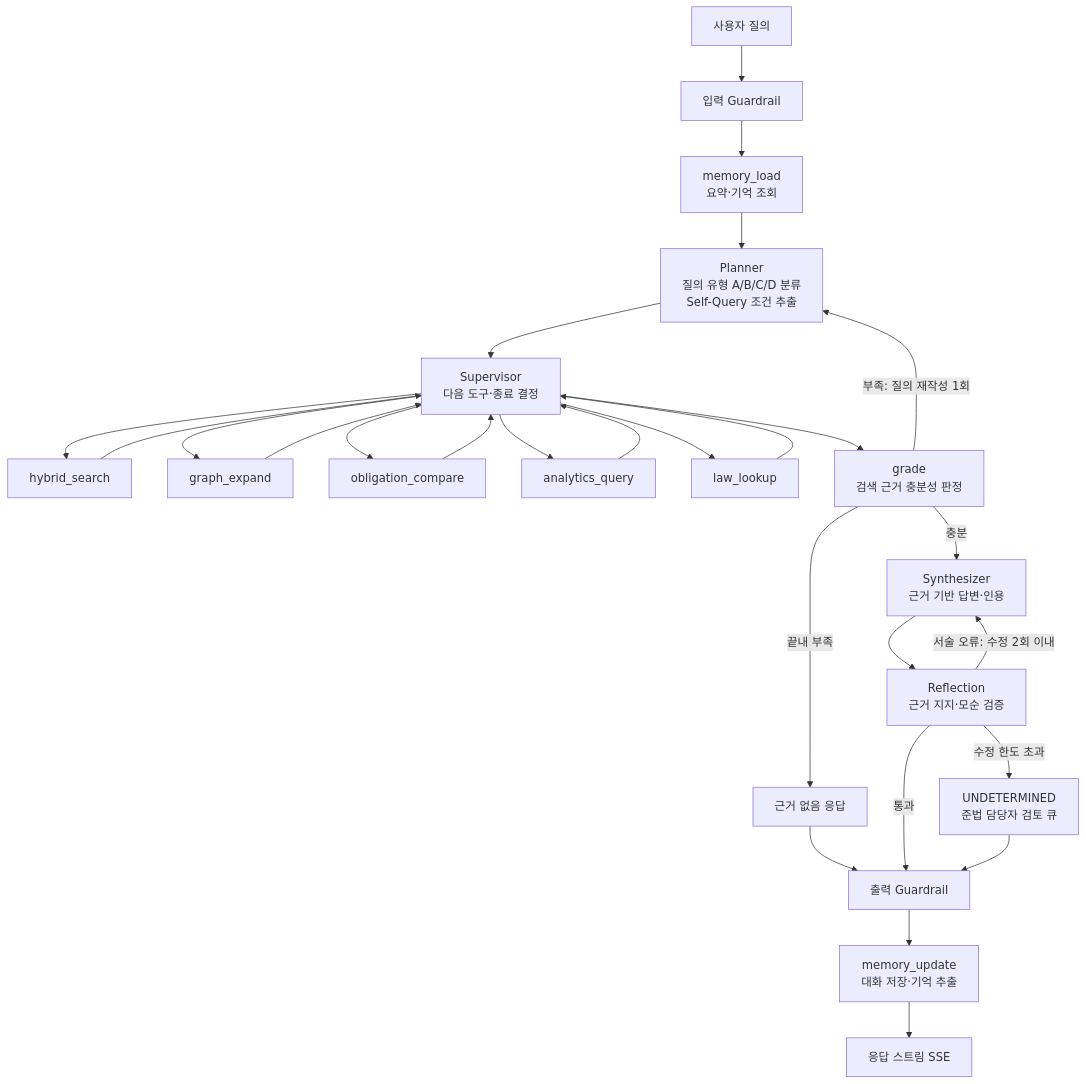
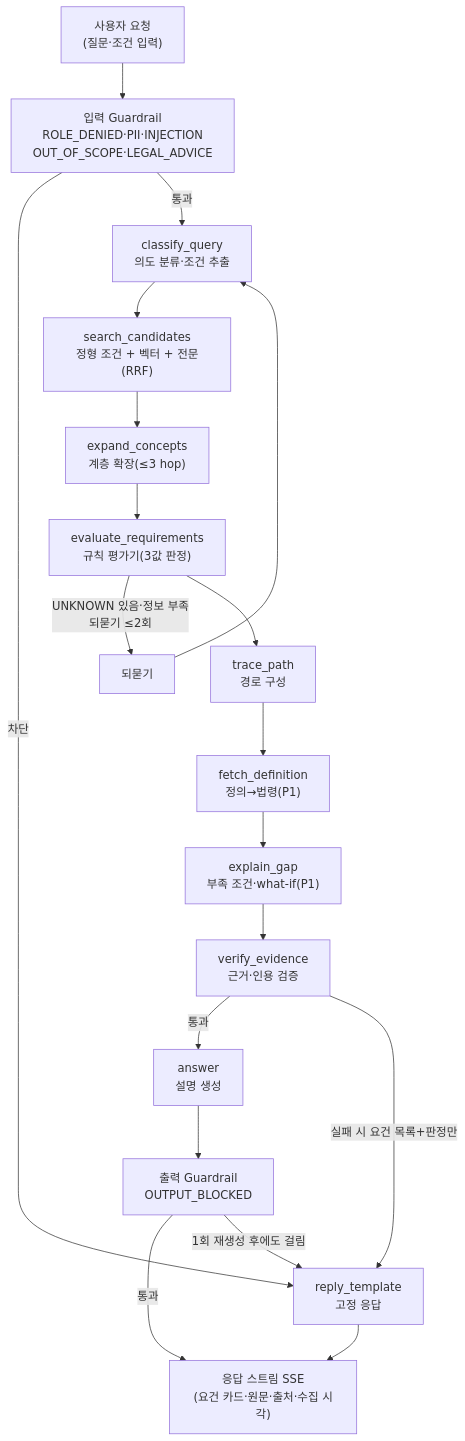
The second of 2 diagrams in docs/MLE_2팀_기초 설계.md (encore-ai-campus/mle-01-final-team2), drawn with Mermaid before and after one commit. The commit also changed other lines of this file and 9 other files, not shown here.

````diff
--- a/docs/MLE_2팀_기초 설계.md
+++ b/docs/MLE_2팀_기초 설계.md
@@ -734,29 +1072,21 @@
 ```mermaid
 flowchart TD
-  IN["사용자 질의"] --> G1["입력 Guardrail"]
-  G1 --> ML["memory_load<br/>요약·기억 조회"]
-  ML --> PL["Planner<br/>질의 유형 A/B/C/D 분류<br/>Self-Query 조건 추출"]
-  PL --> SV["Supervisor<br/>다음 도구·종료 결정"]
-  SV --> T1["hybrid_search"]
-  SV --> T2["graph_expand"]
-  SV --> T3["obligation_compare"]
-  SV --> T4["analytics_query"]
-  SV --> T5["law_lookup"]
-  T1 --> SV
-  T2 --> SV
-  T3 --> SV
-  T4 --> SV
-  T5 --> SV
-  SV --> GR["grade<br/>검색 근거 충분성 판정"]
-  GR -->|충분| SY["Synthesizer<br/>근거 기반 답변·인용"]
-  GR -->|"부족: 질의 재작성 1회"| PL
-  GR -->|"끝내 부족"| ABS["근거 없음 응답"]
-  ABS --> G2["출력 Guardrail"]
-  SY --> RF["Reflection<br/>근거 지지·모순 검증"]
-  RF -->|통과| G2
-  RF -->|"서술 오류: 수정 2회 이내"| SY
-  RF -->|"수정 한도 초과"| HD["UNDETERMINED<br/>준법 담당자 검토 큐"]
-  HD --> G2
-  G2 --> MU["memory_update<br/>대화 저장·기억 추출"]
-  MU --> OUT["응답 스트림 SSE"]
+  IN["사용자 요청<br/>(질문·조건 입력)"] --> G1["입력 Guardrail<br/>ROLE_DENIED·PII·INJECTION<br/>OUT_OF_SCOPE·LEGAL_ADVICE"]
+  G1 -->|차단| RT["reply_template<br/>고정 응답"]
+  G1 -->|통과| CQ["classify_query<br/>의도 분류·조건 추출"]
+  CQ --> SC["search_candidates<br/>정형 조건 + 벡터 + 전문(RRF)"]
+  SC --> EC["expand_concepts<br/>계층 확장(≤3 hop)"]
+  EC --> EV["evaluate_requirements<br/>규칙 평가기(3값 판정)"]
+  EV -->|"UNKNOWN 있음·정보 부족<br/>되묻기 ≤2회"| ASK["되묻기"]
+  ASK --> CQ
+  EV --> TP["trace_path<br/>경로 구성"]
+  TP --> FD["fetch_definition<br/>정의→법령(P1)"]
+  FD --> EG["explain_gap<br/>부족 조건·what-if(P1)"]
+  EG --> VE["verify_evidence<br/>근거·인용 검증"]
+  VE -->|통과| AN["answer<br/>설명 생성"]
+  VE -->|"실패 시 요건 목록+판정만"| RT
+  AN --> G2["출력 Guardrail<br/>OUTPUT_BLOCKED"]
+  G2 -->|통과| OUT["응답 스트림 SSE<br/>(요건 카드·원문·출처·수집 시각)"]
+  G2 -->|"1회 재생성 후에도 걸림"| RT
+  RT --> OUT
 ```
````
